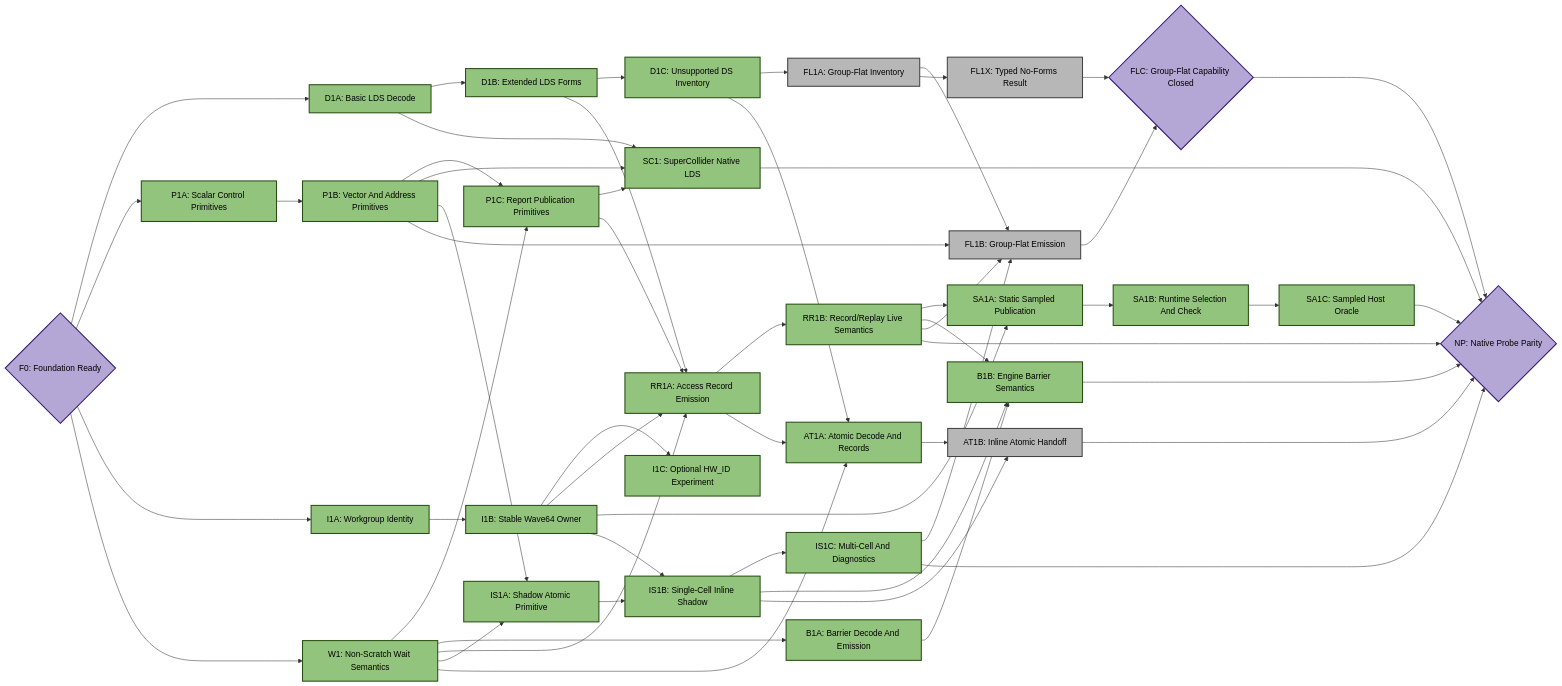
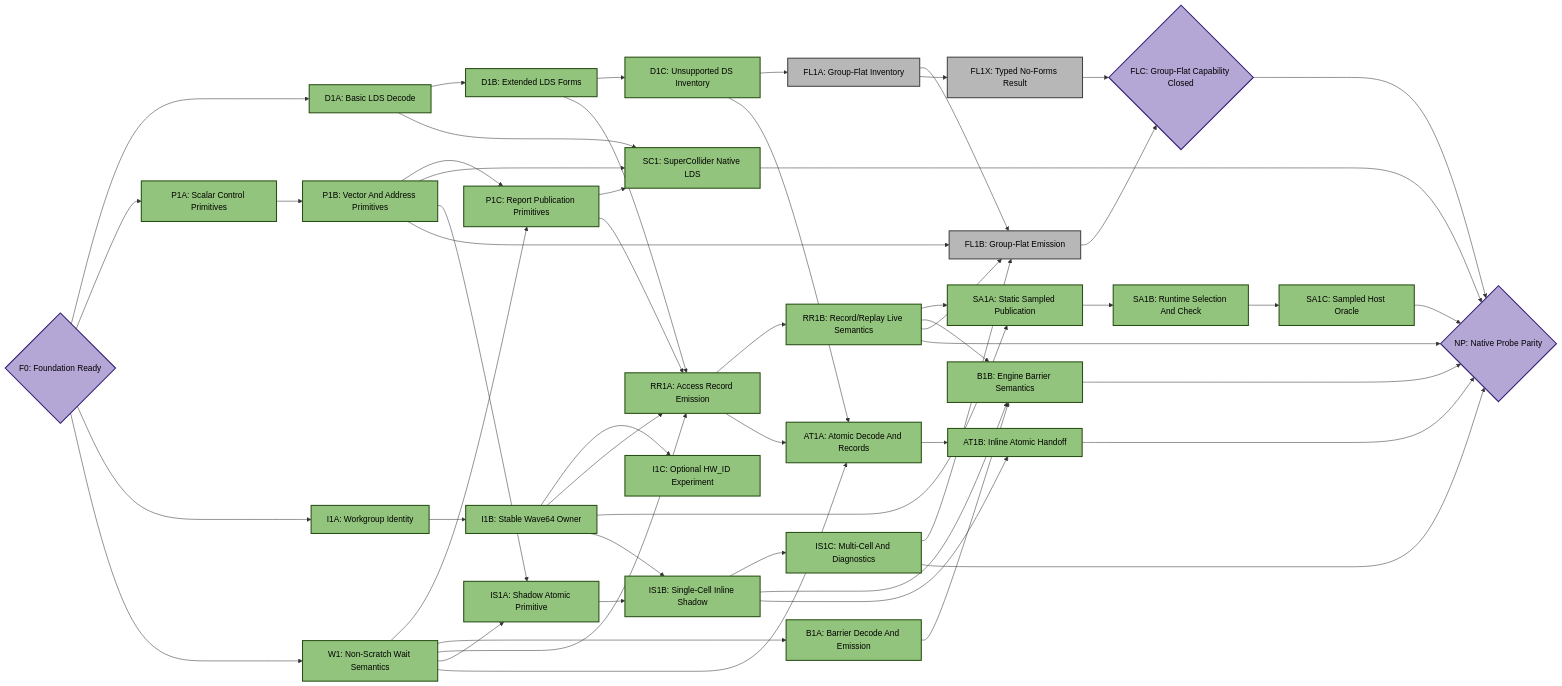
The fourth of 5 diagrams in emulation/rocjitsu/docs/consan/PLAN_GFX950.md (ROCm/rocm-systems), drawn with Mermaid before and after one commit. The commit also changed other lines of this file and 4 other files, not shown here.

Commit message:
rocjitsu: enable gfx950 inline atomic handoff

```diff
--- a/emulation/rocjitsu/docs/consan/PLAN_GFX950.md
+++ b/emulation/rocjitsu/docs/consan/PLAN_GFX950.md
@@ -393,7 +399,7 @@
   FL1X["FL1X: Typed No-Forms Result"]:::todo
   FLC{"FLC: Group-Flat Capability Closed"}:::target
   AT1A["AT1A: Atomic Decode And Records"]:::done
-  AT1B["AT1B: Inline Atomic Handoff"]:::todo
+  AT1B["AT1B: Inline Atomic Handoff"]:::done
   NP{"NP: Native Probe Parity"}:::target
 
   F0 --> D1A
```
